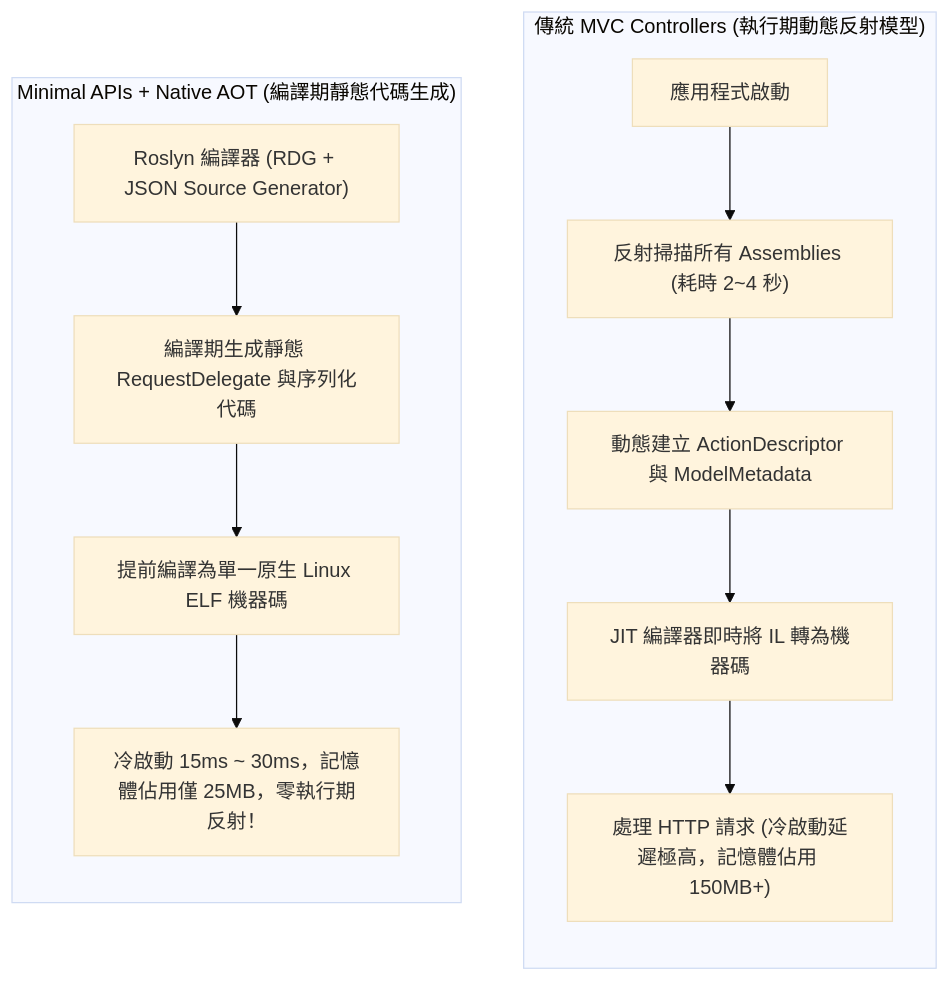
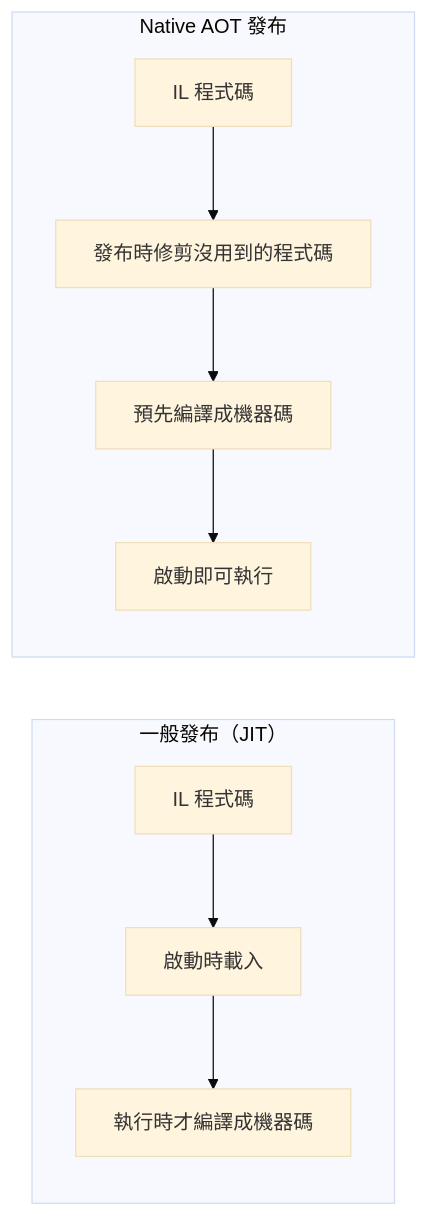
The diagram in src/content/docs/frameworks/aspnet-core/api-styles-aot.md (RayLiu1999/Wiki), drawn with Mermaid (base theme) before and after one commit. The commit also changed other lines of this file and 13 other files, not shown here.

````diff
--- a/src/content/docs/frameworks/aspnet-core/api-styles-aot.md
+++ b/src/content/docs/frameworks/aspnet-core/api-styles-aot.md
@@ -34,17 +38,10 @@
 ```mermaid
-flowchart TD
-    subgraph TraditionalMVC["傳統 MVC Controllers (執行期動態反射模型)"]
-        direction TB
-        Boot1["應用程式啟動"] --> Scan["反射掃描所有 Assemblies (耗時 2~4 秒)"]
-        Scan --> BuildMeta["動態建立 ActionDescriptor 與 ModelMetadata"]
-        BuildMeta --> JITHit["JIT 編譯器即時將 IL 轉為機器碼"]
-        JITHit --> HandleReq["處理 HTTP 請求 (冷啟動延遲極高，記憶體佔用 150MB+)"]
+flowchart LR
+    subgraph JIT["一般發布（JIT）"]
+        IL["IL 程式碼"] --> Start1["啟動時載入"] --> Jit["執行時才編譯成機器碼"]
     end
-
-    subgraph NativeAOTMinimal["Minimal APIs + Native AOT (編譯期靜態代碼生成)"]
-        direction TB
-        Roslyn["Roslyn 編譯器 (RDG + JSON Source Generator)"] --> StaticGen["編譯期生成靜態 RequestDelegate 與序列化代碼"]
-        StaticGen --> NativeBin["提前編譯為單一原生 Linux ELF 機器碼"]
-        NativeBin --> InstantBoot["冷啟動 15ms ~ 30ms，記憶體佔用僅 25MB，零執行期反射！"]
+    subgraph AOT["Native AOT 發布"]
+        IL2["IL 程式碼"] --> Trim["發布時修剪沒用到的程式碼"] --> Native["預先編譯成機器碼"]
+        Native --> Start2["啟動即可執行"]
     end
 ```
````
